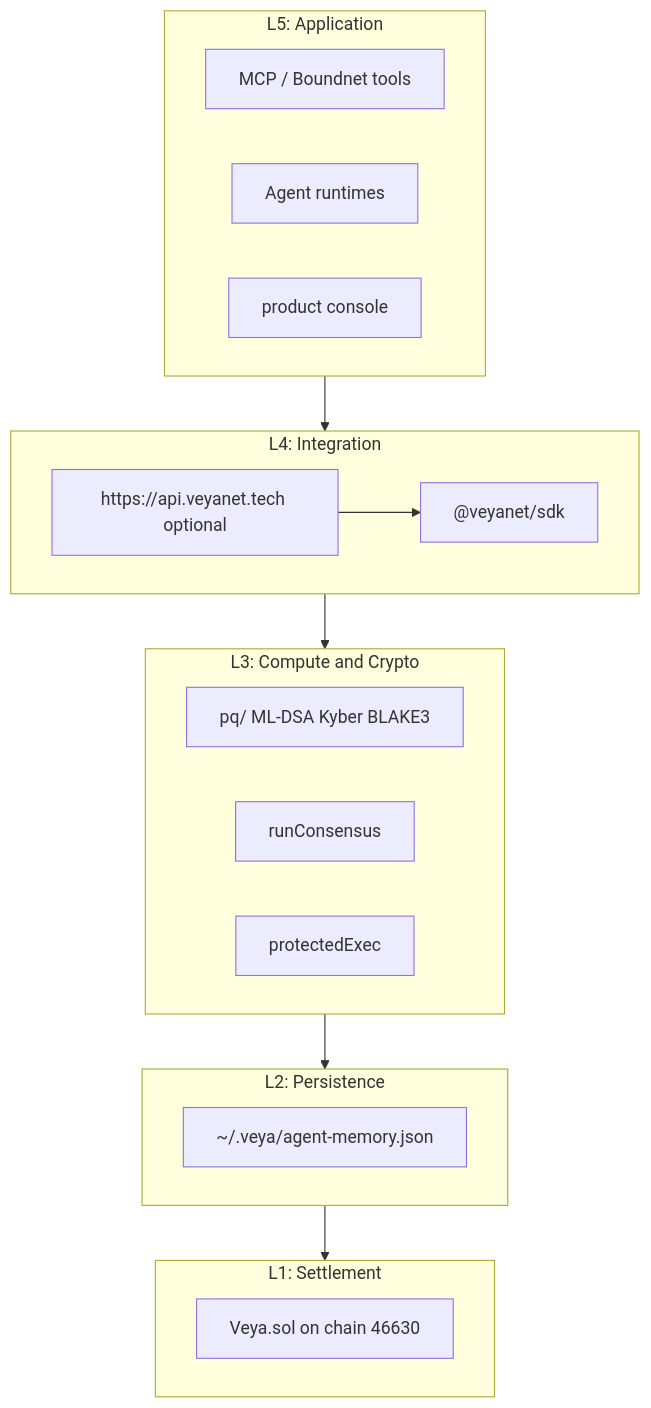
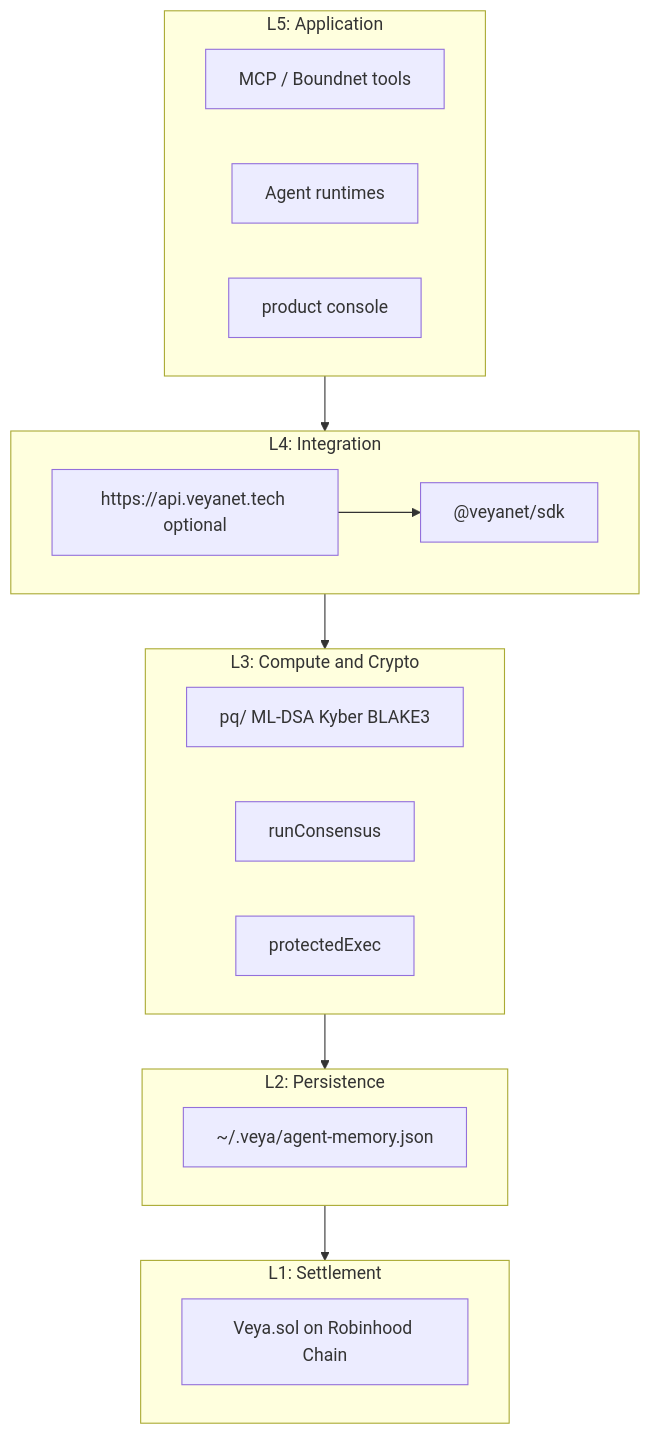
The second of 13 diagrams in docs/ARCHITECTURE.md (veyanet/veya-sdk), drawn with Mermaid before and after one commit. The commit also changed other lines of this file, not shown here.

Commit message:
docs: describe mainnet default in architecture notes

````diff
--- a/docs/ARCHITECTURE.md
+++ b/docs/ARCHITECTURE.md
@@ -224,25 +237,25 @@
 ```mermaid
 flowchart TB
     subgraph L5["L5: Application"]
         MCP["MCP / Boundnet tools"]
         Agents["Agent runtimes"]
         Dash["product console"]
     end
     subgraph L4["L4: Integration"]
         SDK["@veyanet/sdk"]
         API["https://api.veyanet.tech optional"]
     end
     subgraph L3["L3: Compute and Crypto"]
         Crypto["pq/ ML-DSA Kyber BLAKE3"]
         Consensus["runConsensus"]
         Sealed["protectedExec"]
     end
     subgraph L2["L2: Persistence"]
         Store["~/.veya/agent-memory.json"]
     end
     subgraph L1["L1: Settlement"]
-        Chain["Veya.sol on chain 46630"]
+        Chain["Veya.sol on Robinhood Chain"]
     end
     L5 --> L4 --> L3 --> L2 --> L1
     API --> SDK
 ```
````
